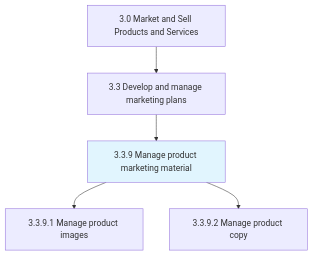
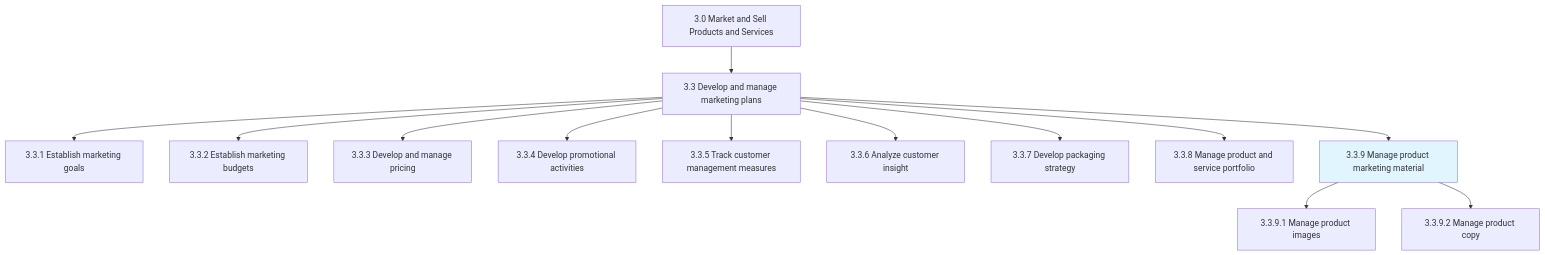
One commit to kziemski/business.org.ai changed the first of 3 diagrams in processes/03-Sales/3.3-DevelopManageMarketingPlans/3.3.9-ManageProductMarketingMaterial/index.mdx. Above: the diagram before and after it, drawn with Mermaid. The commit also changed other lines of this file and 67 other files, not shown here.

````diff
--- a/processes/03-Sales/3.3-DevelopManageMarketingPlans/3.3.9-ManageProductMarketingMaterial/index.mdx
+++ b/processes/03-Sales/3.3-DevelopManageMarketingPlans/3.3.9-ManageProductMarketingMaterial/index.mdx
@@ -25,9 +27,19 @@
 ```mermaid
 graph TD
     C3["3.0 Market and Sell Products and Services"]
-    C3 --> N3_3["3.3 Develop and manage marketing plans"]
-    N3_3 --> N3_3_9["3.3.9 Manage product marketing material"]
-    style N3_3_9 fill:#e1f5fe
-    N3_3_9 --> N3_3_9_1["3.3.9.1 Manage product images"]
-    N3_3_9 --> N3_3_9_2["3.3.9.2 Manage product copy"]
+    C3 --> G33["3.3 Develop and manage marketing plans"]
+
+    G33 --> P331["3.3.1 Establish marketing goals"]
+    G33 --> P332["3.3.2 Establish marketing budgets"]
+    G33 --> P333["3.3.3 Develop and manage pricing"]
+    G33 --> P334["3.3.4 Develop promotional activities"]
+    G33 --> P335["3.3.5 Track customer management measures"]
+    G33 --> P336["3.3.6 Analyze customer insight"]
+    G33 --> P337["3.3.7 Develop packaging strategy"]
+    G33 --> P338["3.3.8 Manage product and service portfolio"]
+    G33 --> P339["3.3.9 Manage product marketing material"]
+
+    style P339 fill:#e1f5fe
+    P339 --> A3391["3.3.9.1 Manage product images"]
+    P339 --> A3392["3.3.9.2 Manage product copy"]
 ```
````
